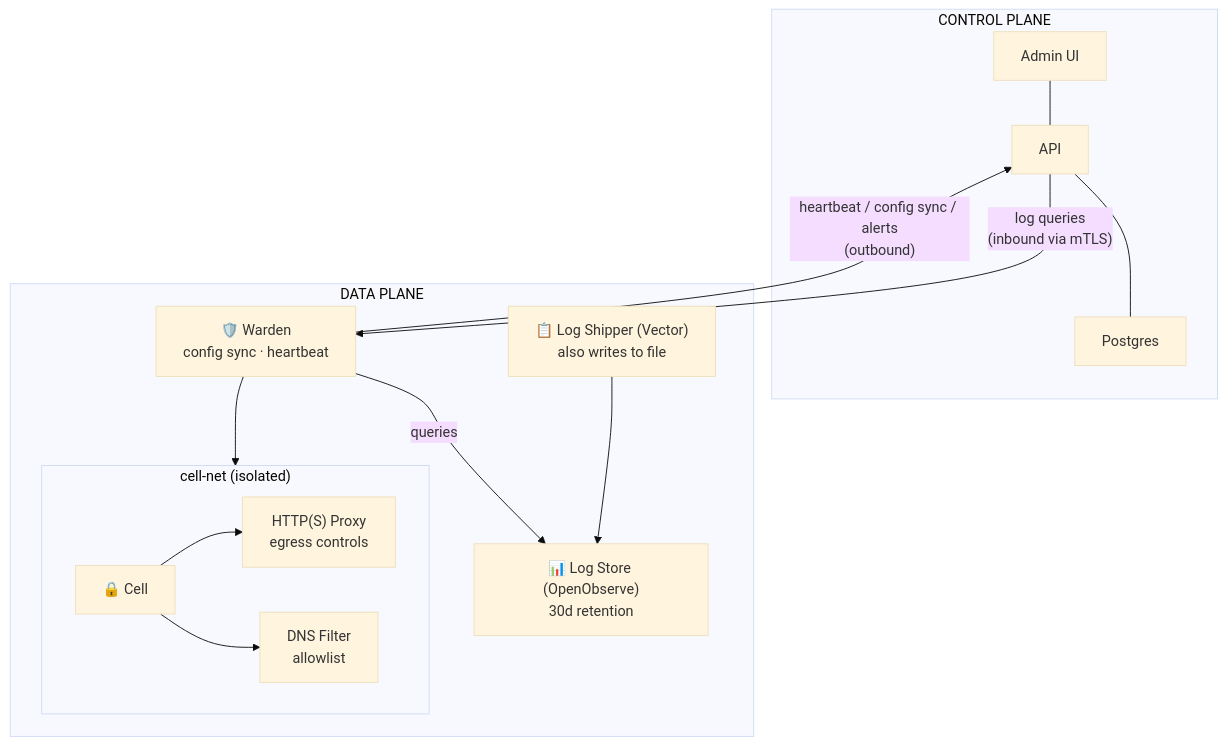
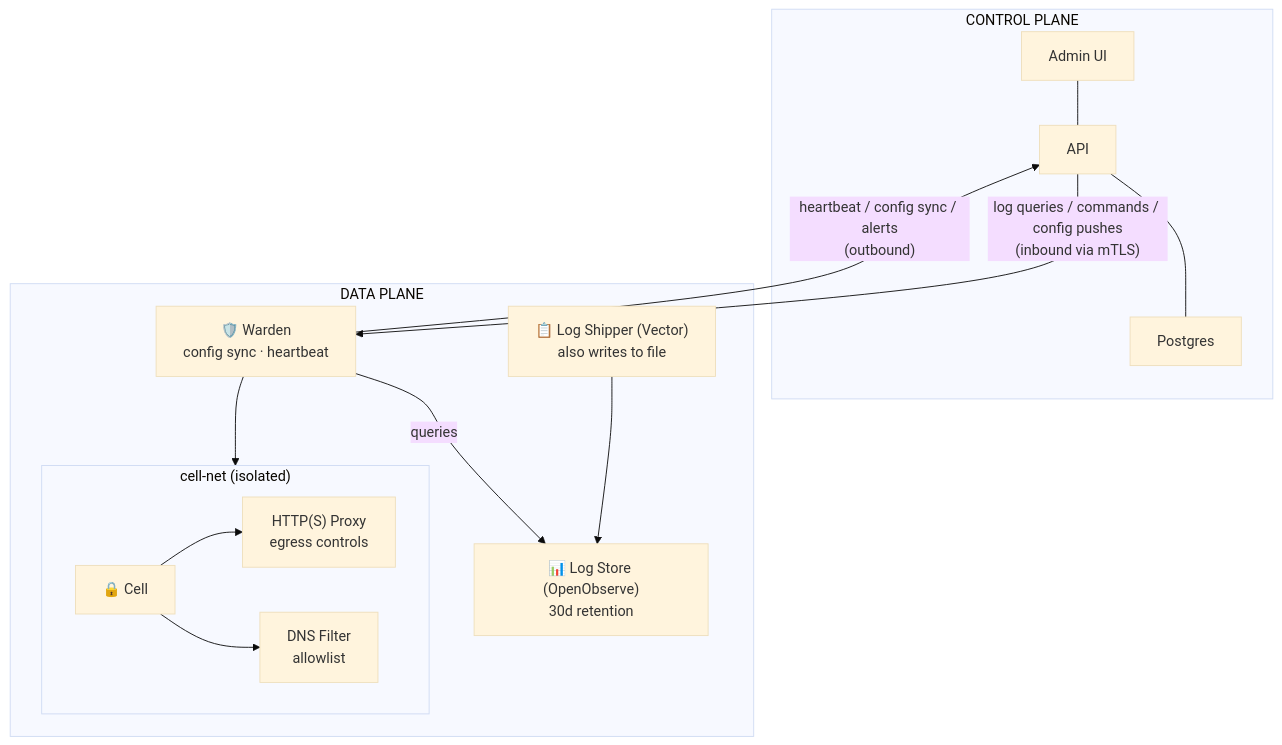
One commit to kashyaprpuranik/cagent changed the fourth of 4 diagrams in README.md. Above: the diagram before and after it, drawn with Mermaid (base theme).

Commit message:
Add commands/config pushes to Connected Mode inbound label

````diff
--- a/README.md
+++ b/README.md
@@ -210,28 +210,28 @@
 ```mermaid
 graph TD
     subgraph cp["CONTROL PLANE"]
         UI["Admin UI"] --- API["API"] --- DB["Postgres"]
     end
 
     subgraph dp["DATA PLANE"]
         Warden["🛡️ Warden<br/>config sync · heartbeat"]
         Vector["📋 Log Shipper (Vector)<br/>also writes to file"]
         OO["📊 Log Store (OpenObserve)<br/>30d retention"]
 
         Vector --> OO
         Warden -- "queries" --> OO
 
         subgraph cellnet["cell-net (isolated)"]
             Cell["🔒 Cell"]
             HP["HTTP(S) Proxy<br/>egress controls"]
             DNS["DNS Filter<br/>allowlist"]
             Cell --> HP
             Cell --> DNS
         end
 
         Warden --> cellnet
     end
 
     Warden -- "heartbeat / config sync / alerts<br/>(outbound)" --> API
-    API -- "log queries<br/>(inbound via mTLS)" --> Warden
+    API -- "log queries / commands / config pushes<br/>(inbound via mTLS)" --> Warden
 ```
````
